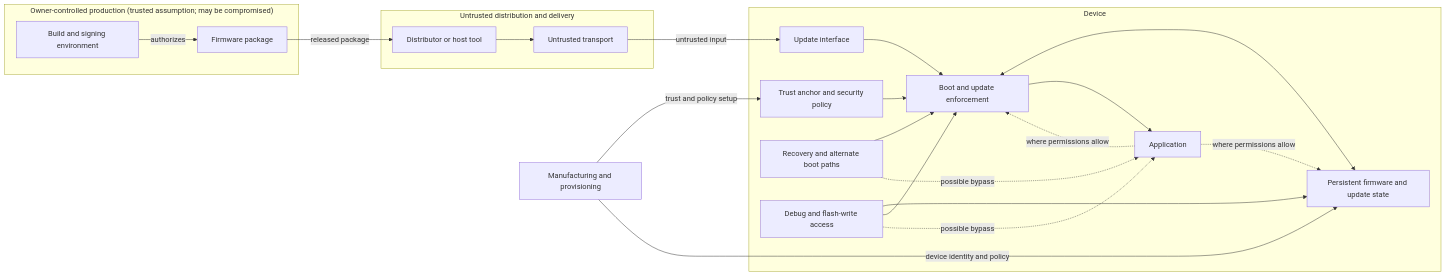
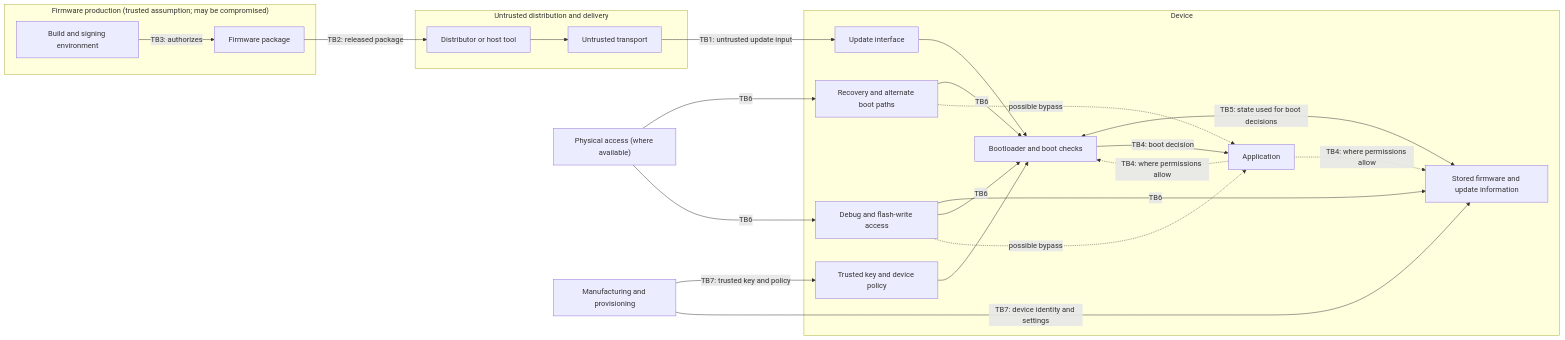
The diagram in docs/security/threat-model.md (djwinter29-oss/suf2), drawn with Mermaid before and after one commit. The commit also changed other lines of this file and 1 other file, not shown here.

````diff
--- a/docs/security/threat-model.md
+++ b/docs/security/threat-model.md
@@ -24,37 +23,39 @@
 ```mermaid
 flowchart LR
-    subgraph Production["Owner-controlled production (trusted assumption; may be compromised)"]
+    subgraph Production["Firmware production (trusted assumption; may be compromised)"]
         Producer["Build and signing environment"]
         Package["Firmware package"]
-        Producer -->|authorizes| Package
+        Producer -->|TB3: authorizes| Package
     end
 
     subgraph Delivery["Untrusted distribution and delivery"]
         Host["Distributor or host tool"]
         Transport["Untrusted transport"]
-        Package -->|released package| Host --> Transport
+        Package -->|TB2: released package| Host --> Transport
     end
 
     subgraph Device["Device"]
         Interface["Update interface"]
-        Enforcer["Boot and update enforcement"]
-        Anchor["Trust anchor and security policy"]
-        State["Persistent firmware and update state"]
+        Enforcer["Bootloader and boot checks"]
+        Anchor["Trusted key and device policy"]
+        State["Stored firmware and update information"]
         App["Application"]
         Interface --> Enforcer
         Anchor --> Enforcer
-        Enforcer <--> State
-        Enforcer --> App
-        Recovery["Recovery and alternate boot paths"] --> Enforcer
+        Enforcer <-->|TB5: state used for boot decisions| State
+        Enforcer -->|TB4: boot decision| App
+        Recovery["Recovery and alternate boot paths"] -->|TB6| Enforcer
         Recovery -.->|possible bypass| App
-        Debug["Debug and flash-write access"] --> State
-        Debug --> Enforcer
+        Debug["Debug and flash-write access"] -->|TB6| State
+        Debug -->|TB6| Enforcer
         Debug -.->|possible bypass| App
-        App -. where permissions allow .-> State
-        App -. where permissions allow .-> Enforcer
+        App -.->|TB4: where permissions allow| State
+        App -.->|TB4: where permissions allow| Enforcer
     end
 
-    Transport -->|untrusted input| Interface
-    Provisioning["Manufacturing and provisioning"] -->|trust and policy setup| Anchor
-    Provisioning -->|device identity and policy| State
+    Transport -->|TB1: untrusted update input| Interface
+    Physical["Physical access (where available)"] -->|TB6| Recovery
+    Physical -->|TB6| Debug
+    Provisioning["Manufacturing and provisioning"] -->|TB7: trusted key and policy| Anchor
+    Provisioning -->|TB7: device identity and settings| State
 ```
````
